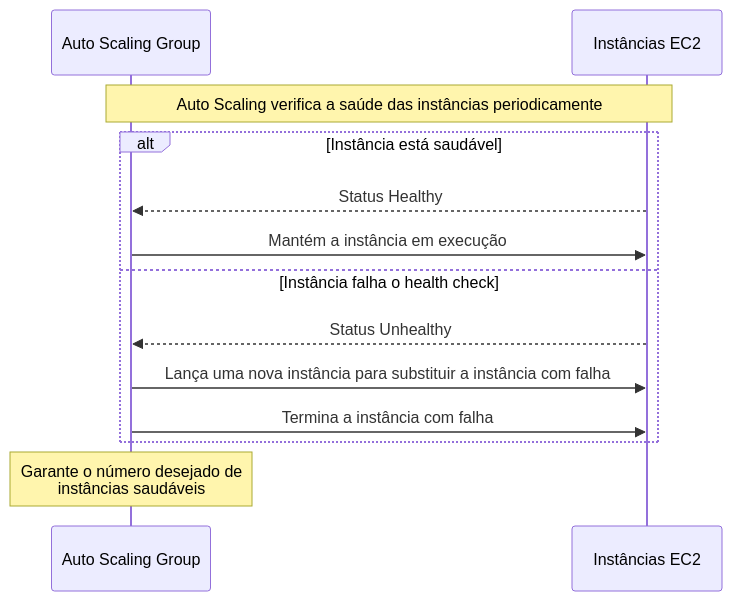
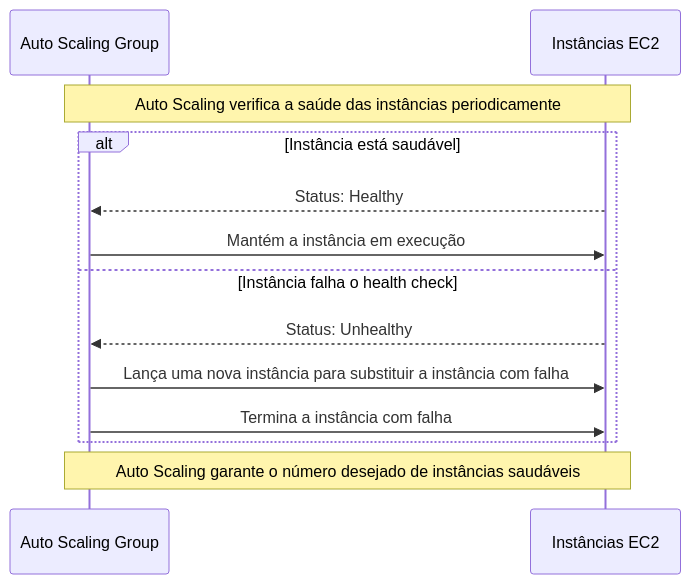
Before and after one commit to pitroldev/uerj-tcc: the diagram in diagrams/auto-scaling-fault-tolerance.mmd, drawn with Mermaid. The commit also changed 4 other files, not shown here.

```diff
--- a/diagrams/auto-scaling-fault-tolerance.mmd
+++ b/diagrams/auto-scaling-fault-tolerance.mmd
@@ -1,16 +1,16 @@
 sequenceDiagram
     participant AutoScalingGroup as Auto Scaling Group
     participant EC2 as Instâncias EC2
 
     Note over AutoScalingGroup, EC2: Auto Scaling verifica a saúde das instâncias periodicamente
 
     alt Instância está saudável
-        EC2-->>AutoScalingGroup: Status Healthy
+        EC2-->>AutoScalingGroup: Status: Healthy
         AutoScalingGroup->>EC2: Mantém a instância em execução
     else Instância falha o health check
-        EC2-->>AutoScalingGroup: Status Unhealthy
+        EC2-->>AutoScalingGroup: Status: Unhealthy
         AutoScalingGroup->>EC2: Lança uma nova instância para substituir a instância com falha
         AutoScalingGroup->>EC2: Termina a instância com falha
     end
 
-    Note over AutoScalingGroup: Garante o número desejado de<br/>instâncias saudáveis
+    Note over AutoScalingGroup, EC2: Auto Scaling garante o número desejado de instâncias saudáveis
```
